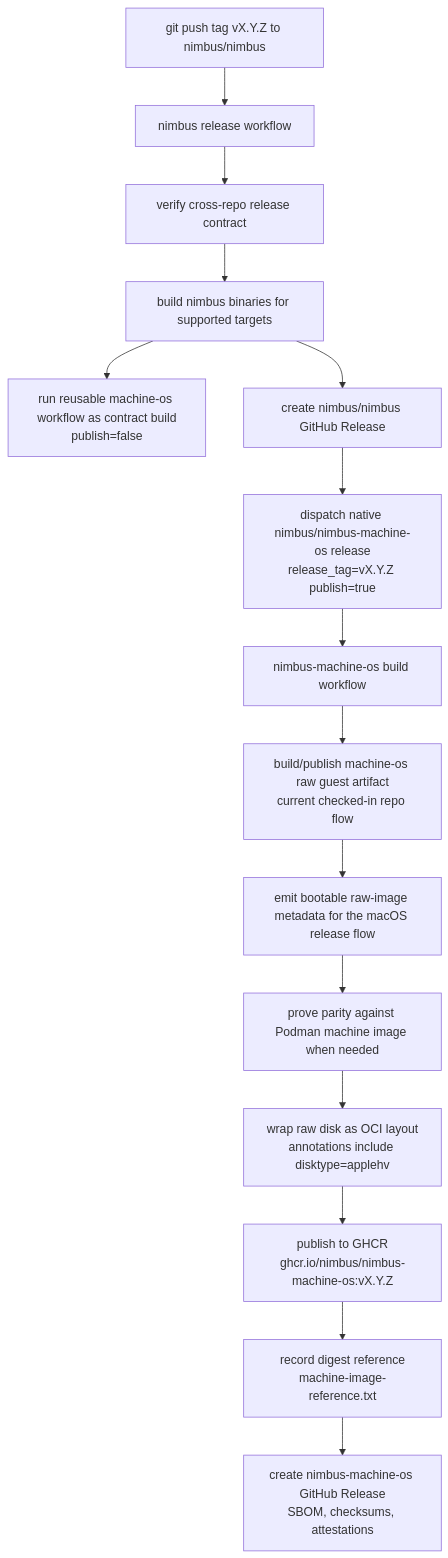
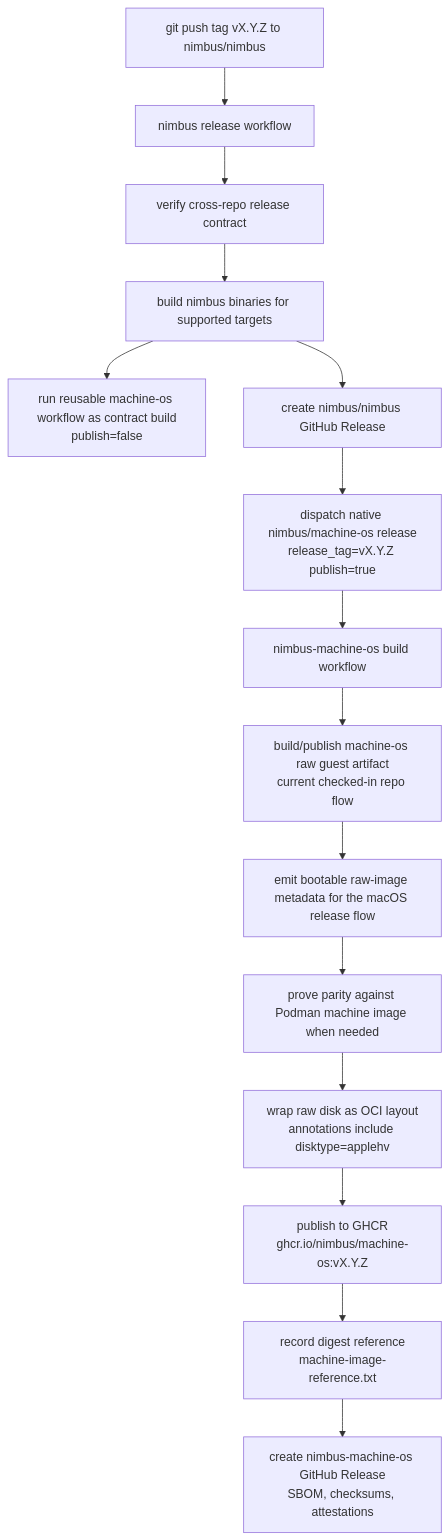
Before and after one commit to nimbus/nimbus: the first of 6 diagrams in docs/architecture/sandbox/macos-machine-flow.md, drawn with Mermaid. The commit also changed other lines of this file and 25 other files, not shown here.

Commit message:
Use canonical machine-os release flow

````diff
--- a/docs/architecture/sandbox/macos-machine-flow.md
+++ b/docs/architecture/sandbox/macos-machine-flow.md
@@ -95,17 +95,17 @@
 ```mermaid
 flowchart TD
     A["git push tag vX.Y.Z to nimbus/nimbus"] --> B["nimbus release workflow"]
     B --> C["verify cross-repo release contract"]
     C --> D["build nimbus binaries for supported targets"]
     D --> E["run reusable machine-os workflow as contract build<br/>publish=false"]
     D --> F["create nimbus/nimbus GitHub Release"]
-    F --> G["dispatch native nimbus/nimbus-machine-os release<br/>release_tag=vX.Y.Z publish=true"]
+    F --> G["dispatch native nimbus/machine-os release<br/>release_tag=vX.Y.Z publish=true"]
     G --> H["nimbus-machine-os build workflow"]
     H --> I["build/publish machine-os raw guest artifact<br/>current checked-in repo flow"]
     I --> J["emit bootable raw-image metadata for the macOS release flow"]
     J --> K["prove parity against Podman machine image when needed"]
     K --> L["wrap raw disk as OCI layout<br/>annotations include disktype=applehv"]
-    L --> M["publish to GHCR<br/>ghcr.io/nimbus/nimbus-machine-os:vX.Y.Z"]
+    L --> M["publish to GHCR<br/>ghcr.io/nimbus/machine-os:vX.Y.Z"]
     M --> N["record digest reference<br/>machine-image-reference.txt"]
     N --> O["create nimbus-machine-os GitHub Release<br/>SBOM, checksums, attestations"]
 ```
````
